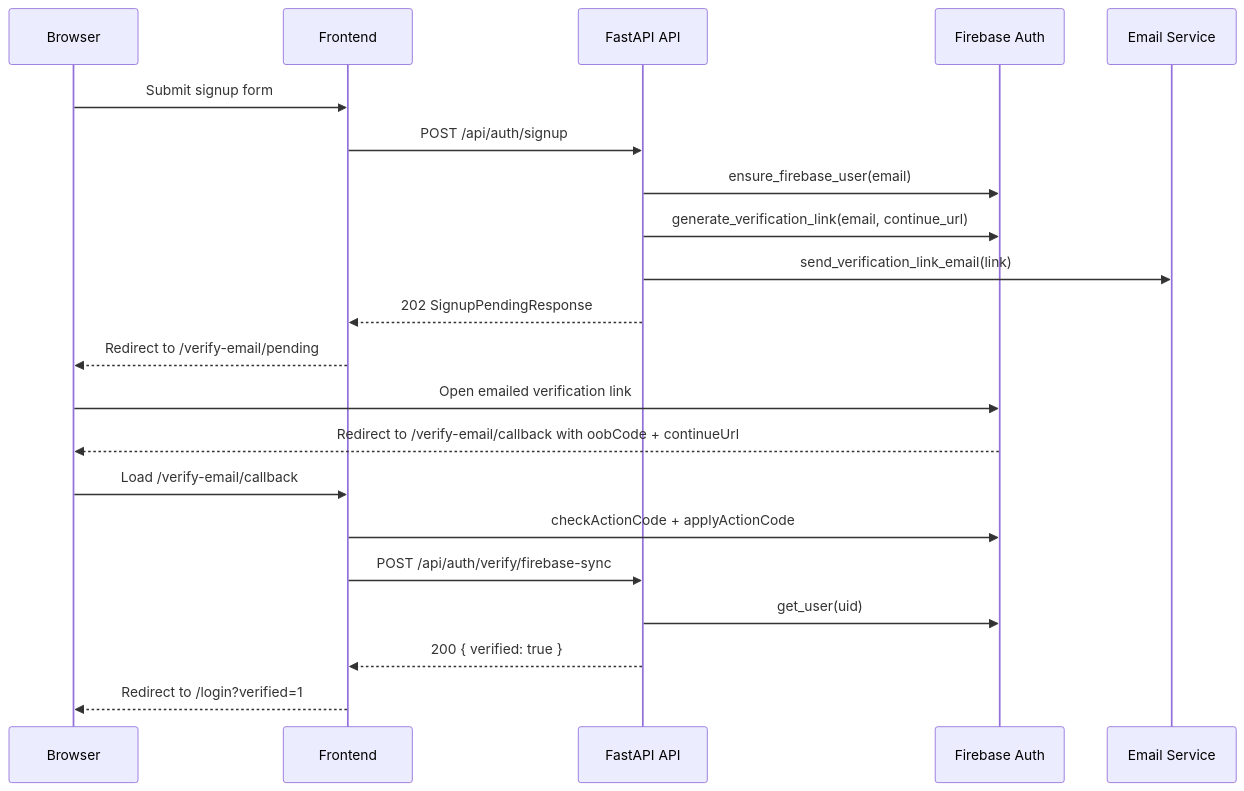
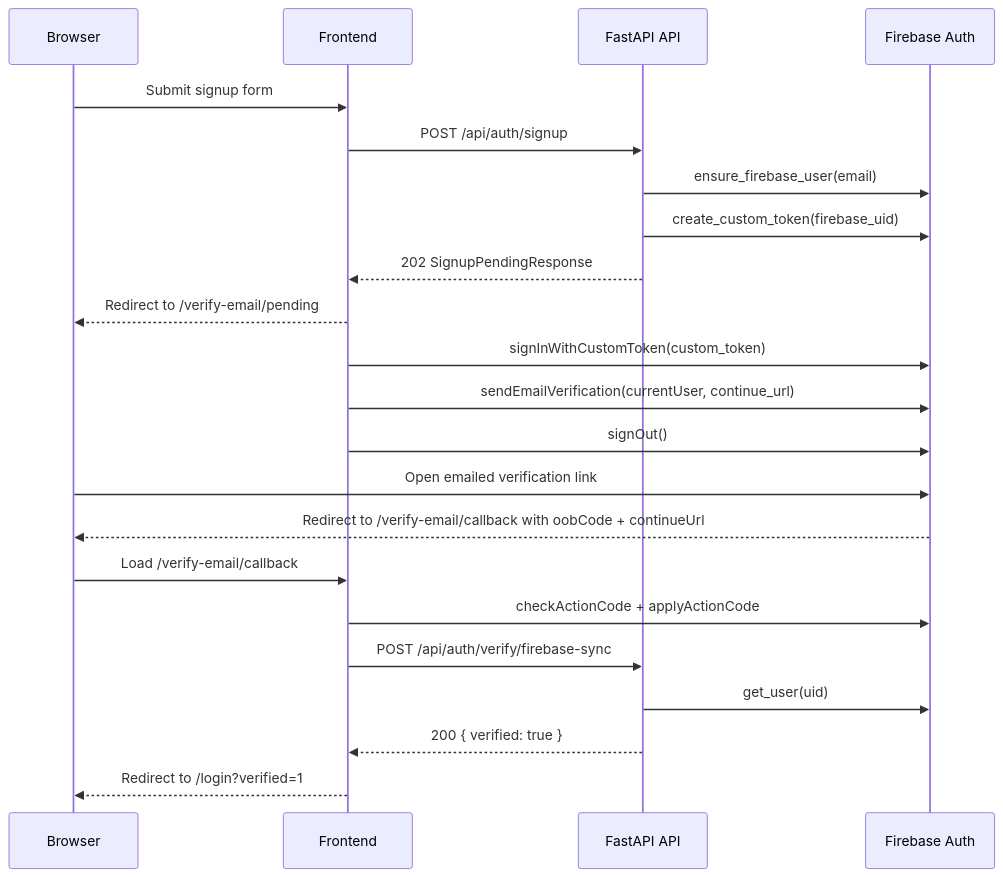
One commit to marcoIbrahim0/awsautopilot changed the diagram in docs/features/firebase-email-verification-signup.md. Above: the diagram before and after it, drawn with Mermaid. The commit also changed other lines of this file and 3485 other files, not shown here.

````diff
--- a/docs/features/firebase-email-verification-signup.md
+++ b/docs/features/firebase-email-verification-signup.md
@@ -20,24 +21,25 @@
 ```mermaid
 sequenceDiagram
     participant Browser as Browser
     participant App as Frontend
     participant API as FastAPI API
     participant Firebase as Firebase Auth
-    participant Mail as Email Service
 
     Browser->>App: Submit signup form
     App->>API: POST /api/auth/signup
     API->>Firebase: ensure_firebase_user(email)
-    API->>Firebase: generate_verification_link(email, continue_url)
-    API->>Mail: send_verification_link_email(link)
+    API->>Firebase: create_custom_token(firebase_uid)
     API-->>App: 202 SignupPendingResponse
     App-->>Browser: Redirect to /verify-email/pending
+    App->>Firebase: signInWithCustomToken(custom_token)
+    App->>Firebase: sendEmailVerification(currentUser, continue_url)
+    App->>Firebase: signOut()
     Browser->>Firebase: Open emailed verification link
     Firebase-->>Browser: Redirect to /verify-email/callback with oobCode + continueUrl
     Browser->>App: Load /verify-email/callback
     App->>Firebase: checkActionCode + applyActionCode
     App->>API: POST /api/auth/verify/firebase-sync
     API->>Firebase: get_user(uid)
     API-->>App: 200 { verified: true }
     App-->>Browser: Redirect to /login?verified=1
 ```
````
